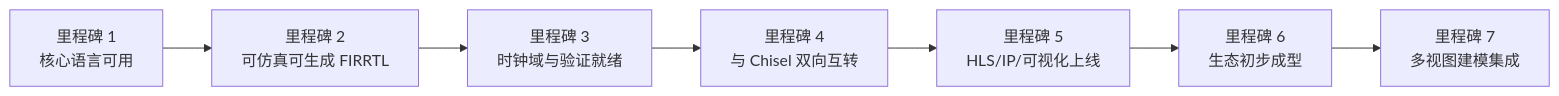
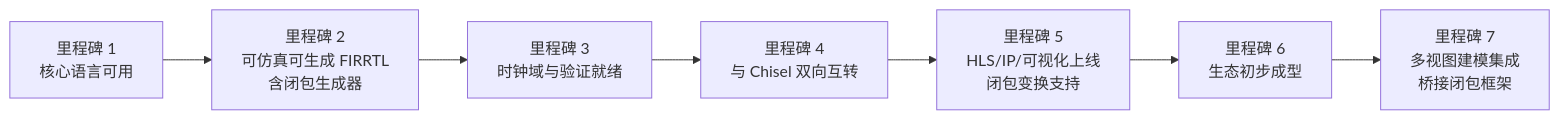
One commit to TangCan/bitloom changed the tenth of 11 diagrams in docs/requirements/19. 实施路线图.md. Above: the diagram before and after it, drawn with Mermaid. The commit also changed other lines of this file and 17 other files, not shown here.

````diff
--- a/docs/requirements/19. 实施路线图.md
+++ b/docs/requirements/19. 实施路线图.md
@@ -390,10 +326,9 @@
 ```mermaid
 flowchart LR
-    M1[里程碑 1<br>核心语言可用] --> M2[里程碑 2<br>可仿真可生成 FIRRTL]
+    M1[里程碑 1<br>核心语言可用] --> M2[里程碑 2<br>可仿真可生成 FIRRTL<br>含闭包生成器]
     M2 --> M3[里程碑 3<br>时钟域与验证就绪]
     M3 --> M4[里程碑 4<br>与 Chisel 双向互转]
-    M4 --> M5[里程碑 5<br>HLS/IP/可视化上线]
+    M4 --> M5[里程碑 5<br>HLS/IP/可视化上线<br>闭包变换支持]
     M5 --> M6[里程碑 6<br>生态初步成型]
-    M6 --> M7[里程碑 7<br>多视图建模集成]
-
+    M6 --> M7[里程碑 7<br>多视图建模集成<br>桥接闭包框架]
 ```
````
